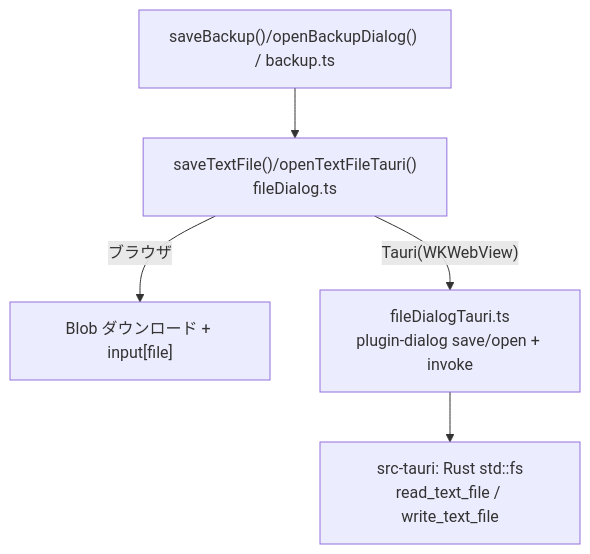
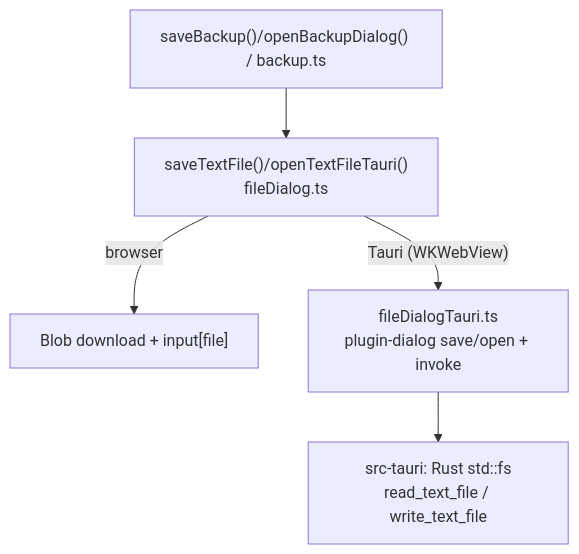
The fourth of 4 diagrams in docs/app-overview.md (niw/vial-typing), drawn with Mermaid before and after one commit. The commit also changed other lines of this file and 3 other files, not shown here.

````diff
--- a/docs/app-overview.md
+++ b/docs/app-overview.md
@@ -193,7 +223,7 @@
 ```mermaid
 flowchart TD
   bk["saveBackup()/openBackupDialog() / backup.ts"] --> fd["saveTextFile()/openTextFileTauri()<br>fileDialog.ts"]
-  fd -- "ブラウザ" --> web2["Blob ダウンロード + input[file]"]
-  fd -- "Tauri(WKWebView)" --> tauri2["fileDialogTauri.ts<br>plugin-dialog save/open + invoke"]
+  fd -- "browser" --> web2["Blob download + input[file]"]
+  fd -- "Tauri (WKWebView)" --> tauri2["fileDialogTauri.ts<br>plugin-dialog save/open + invoke"]
   tauri2 --> rust2["src-tauri: Rust std::fs<br>read_text_file / write_text_file"]
 ```
````
